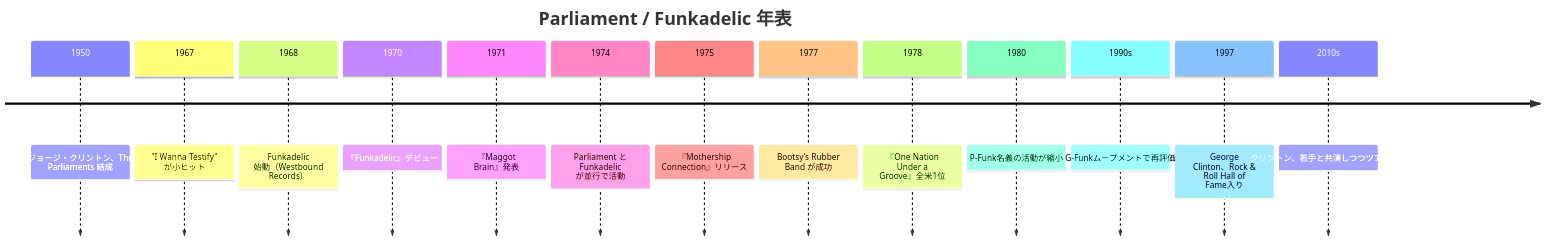
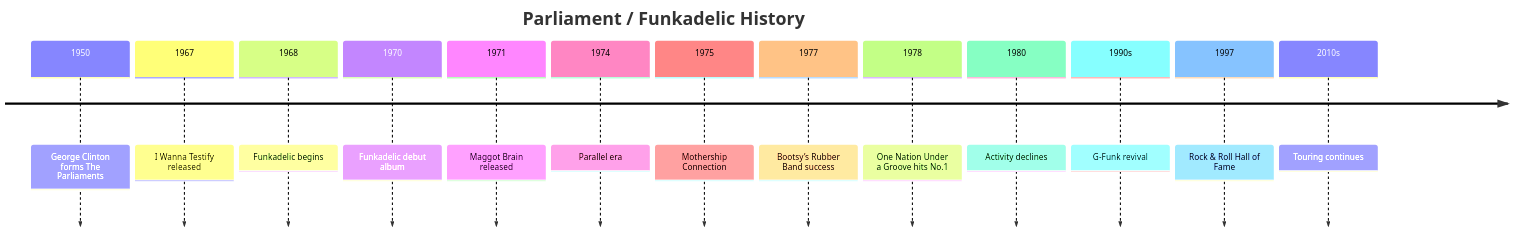
Before and after one commit to monumental-movement/monumental-movement.github.io: the third of 4 diagrams in en/_posts/2025-11-15-column-parliament-funkadelic.md, drawn with Mermaid. The commit also changed other lines of this file and 371 other files, not shown here.

```diff
--- a/en/_posts/2025-11-15-column-parliament-funkadelic.md
+++ b/en/_posts/2025-11-15-column-parliament-funkadelic.md
@@ -224,19 +224,17 @@
 <div class="mermaid">
-
 timeline
-    title Parliament / Funkadelic 年表
-    1950 : ジョージ・クリントン、The Parliaments 結成
-    1967 : "I Wanna Testify" が小ヒット
-    1968 : Funkadelic 始動（Westbound Records）
-    1970 : 『Funkadelic』デビュー
-    1971 : 『Maggot Brain』発表
-    1974 : Parliament と Funkadelic が並行で活動
-    1975 : 『Mothership Connection』リリース
-    1977 : Bootsy’s Rubber Band が成功
-    1978 : 『One Nation Under a Groove』全米1位
-    1980 : P-Funk名義の活動が縮小
-    1990s : G-Funkムーブメントで再評価
-    1997 : George Clinton、Rock & Roll Hall of Fame入り
-    2010s : クリントン、若手と共演しつつツアー継続
-
+    title Parliament / Funkadelic History
+    1950 : George Clinton forms The Parliaments
+    1967 : I Wanna Testify released
+    1968 : Funkadelic begins
+    1970 : Funkadelic debut album
+    1971 : Maggot Brain released
+    1974 : Parallel era
+    1975 : Mothership Connection
+    1977 : Bootsy’s Rubber Band success
+    1978 : One Nation Under a Groove hits No.1
+    1980 : Activity declines
+    1990s : G-Funk revival
+    1997 : Rock & Roll Hall of Fame
+    2010s : Touring continues
 </div>
```
